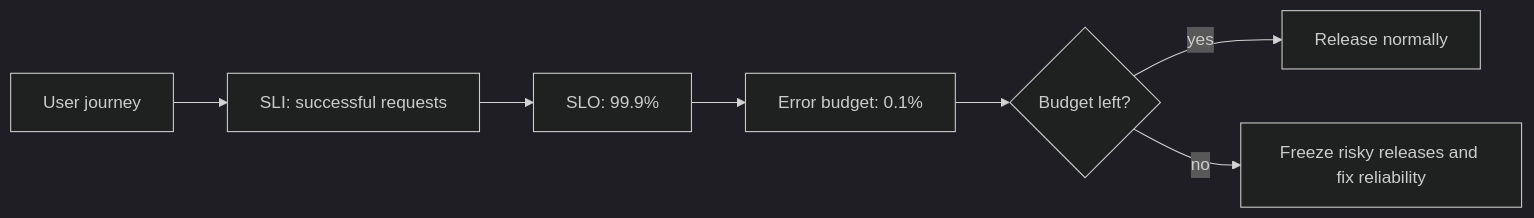
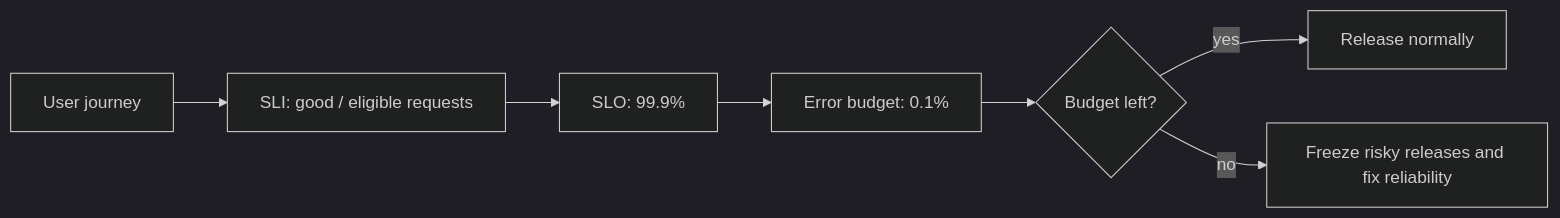
One commit to Kert0n/KPO changed the seventh of 13 diagrams in content/lectures/Lec14/vitepress.md. Above: the diagram before and after it, drawn with Mermaid (dark theme). The commit also changed other lines of this file, not shown here.

````diff
--- a/content/lectures/Lec14/vitepress.md
+++ b/content/lectures/Lec14/vitepress.md
@@ -324,9 +276,9 @@
 ```mermaid
 flowchart LR
-    Journey["User journey"] --> SLI["SLI: successful requests"]
+    Journey["User journey"] --> SLI["SLI: good / eligible requests"]
     SLI --> SLO["SLO: 99.9%"]
     SLO --> Budget["Error budget: 0.1%"]
     Budget --> Policy{"Budget left?"}
     Policy -->|"yes"| Release["Release normally"]
     Policy -->|"no"| Stabilize["Freeze risky releases and fix reliability"]
 ```
````
